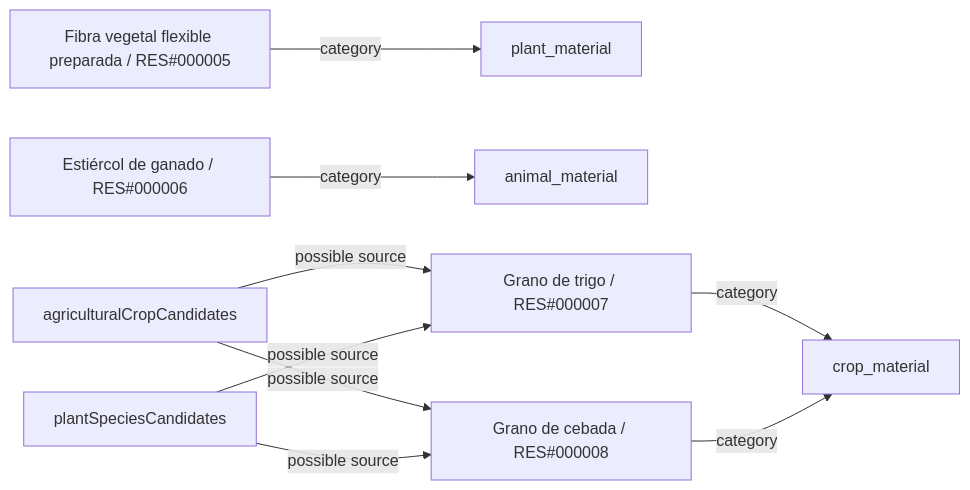
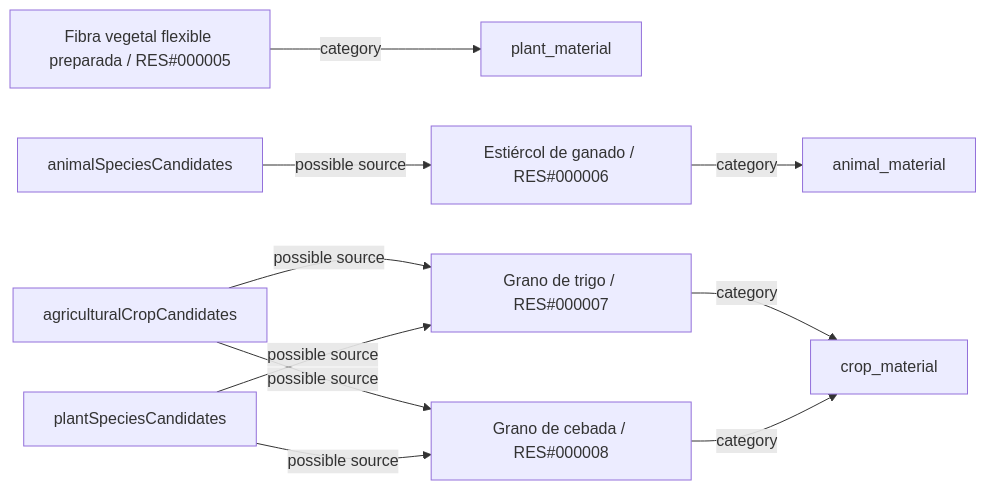
One commit to fgabo404/EvolveDoc changed the second of 37 diagrams in data/resources/DIAGRAMS.es.md. Above: the diagram before and after it, drawn with Mermaid. The commit also changed other lines of this file and 44 other files, not shown here.

````diff
--- a/data/resources/DIAGRAMS.es.md
+++ b/data/resources/DIAGRAMS.es.md
@@ -142,20 +143,22 @@
 ```mermaid
 flowchart LR
     r0["Fibra vegetal flexible preparada / RES#000005"]
     k0["plant_material"]
     r0 -->|category| k0
     r1["Estiércol de ganado / RES#000006"]
     k1["animal_material"]
     r1 -->|category| k1
+    s0["animalSpeciesCandidates"]
+    s0 -->|possible source| r1
     r2["Grano de trigo / RES#000007"]
     k2["crop_material"]
     r2 -->|category| k2
-    s0["agriculturalCropCandidates"]
-    s0 -->|possible source| r2
-    s1["plantSpeciesCandidates"]
+    s1["agriculturalCropCandidates"]
     s1 -->|possible source| r2
+    s2["plantSpeciesCandidates"]
+    s2 -->|possible source| r2
     r3["Grano de cebada / RES#000008"]
     r3 -->|category| k2
-    s0 -->|possible source| r3
     s1 -->|possible source| r3
+    s2 -->|possible source| r3
 ```
````
